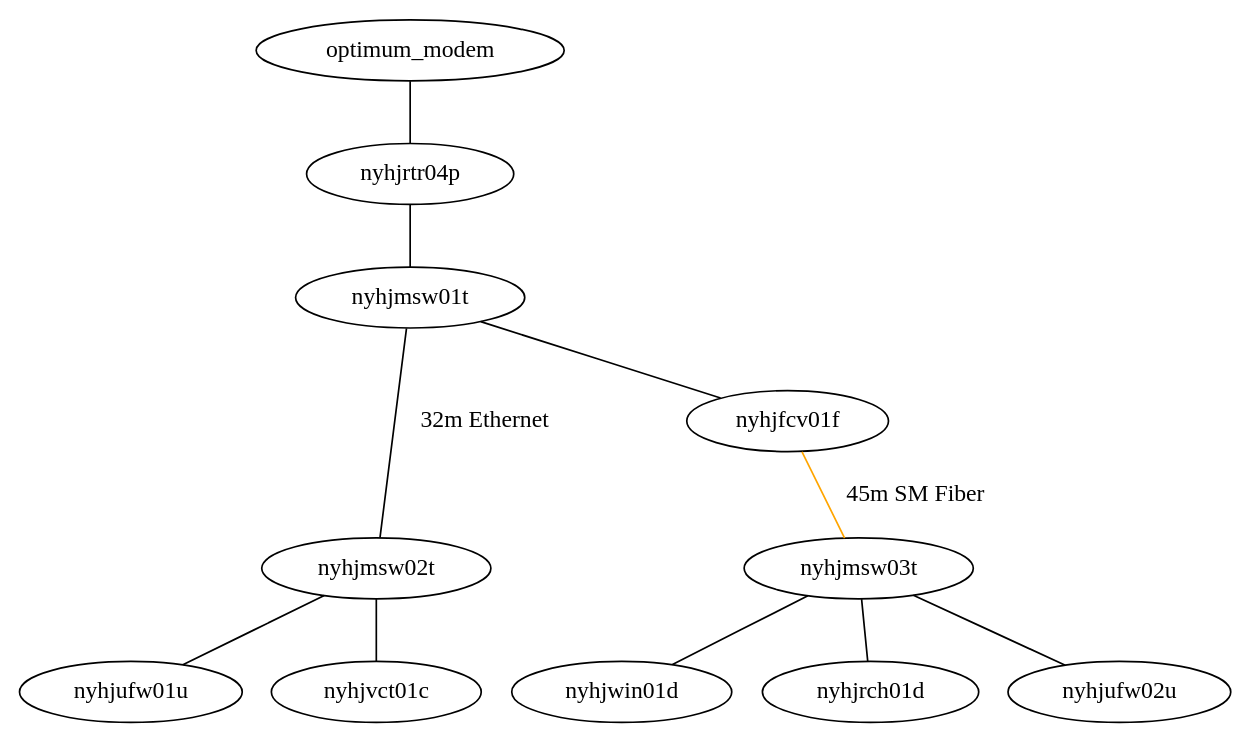
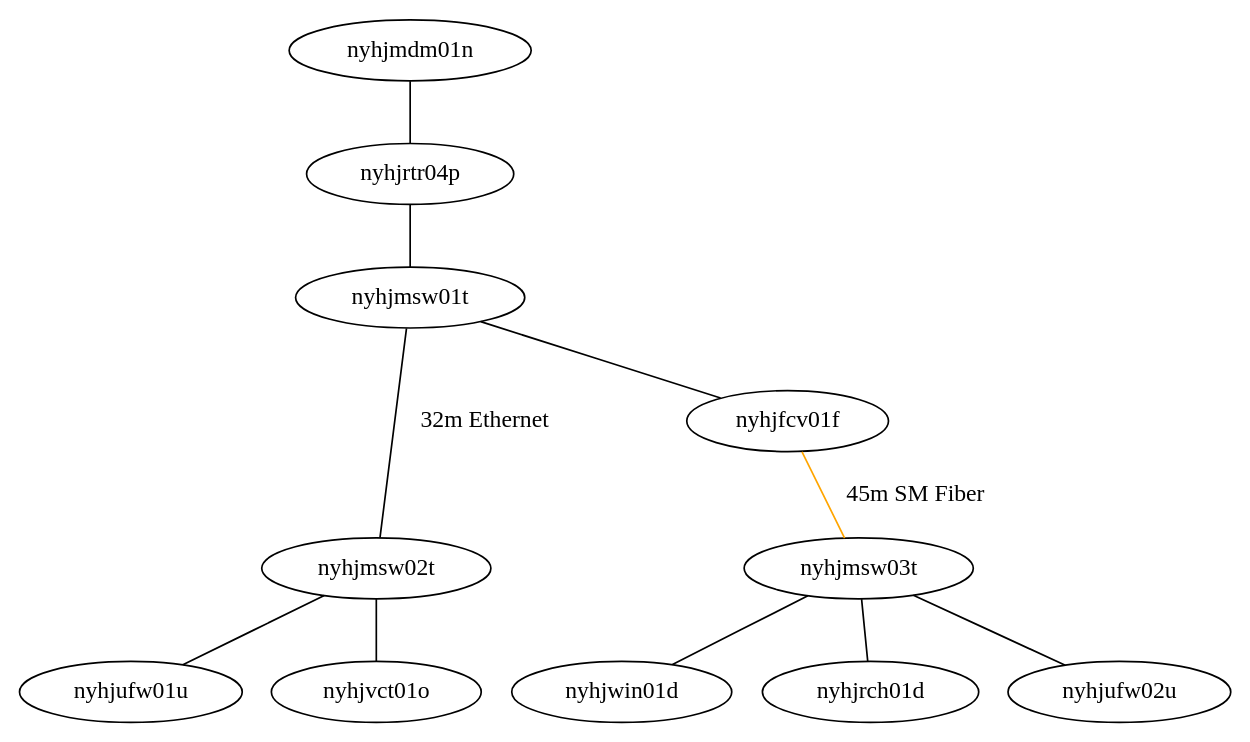
The diagram in nyhj/network.dot (jrddunbr/sysconfig), drawn with Graphviz before and after one commit. The commit also changed 8 other files, not shown here.

```diff
--- a/nyhj/network.dot
+++ b/nyhj/network.dot
@@ -1,27 +1,27 @@
 graph {
-    optimum_modem
+    nyhjmdm01n
     nyhjrtr04p
     nyhjmsw01t
     subgraph switches {
         rank="same"
         nyhjmsw02t
         nyhjmsw03t
     }
     nyhjfcv01f
     nyhjwin01d
     nyhjrch01d
     nyhjufw01u
     nyhjufw02u
-    nyhjvct01c
+    nyhjvct01o
 
-    optimum_modem -- nyhjrtr04p
+    nyhjmdm01n -- nyhjrtr04p
     nyhjrtr04p -- nyhjmsw01t
     nyhjmsw01t -- nyhjfcv01f
     nyhjmsw01t -- nyhjmsw02t [label="32m Ethernet"]
     nyhjfcv01f -- nyhjmsw03t [color="orange", label="45m SM Fiber"]
     nyhjmsw02t -- nyhjufw01u
-    nyhjmsw02t -- nyhjvct01c
+    nyhjmsw02t -- nyhjvct01o
     nyhjmsw03t -- nyhjufw02u
     nyhjmsw03t -- nyhjwin01d
     nyhjmsw03t -- nyhjrch01d
 }
```
